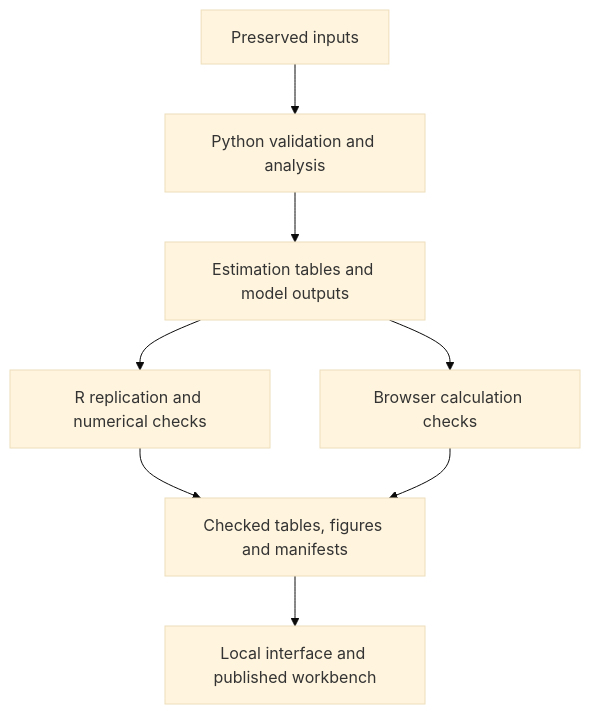
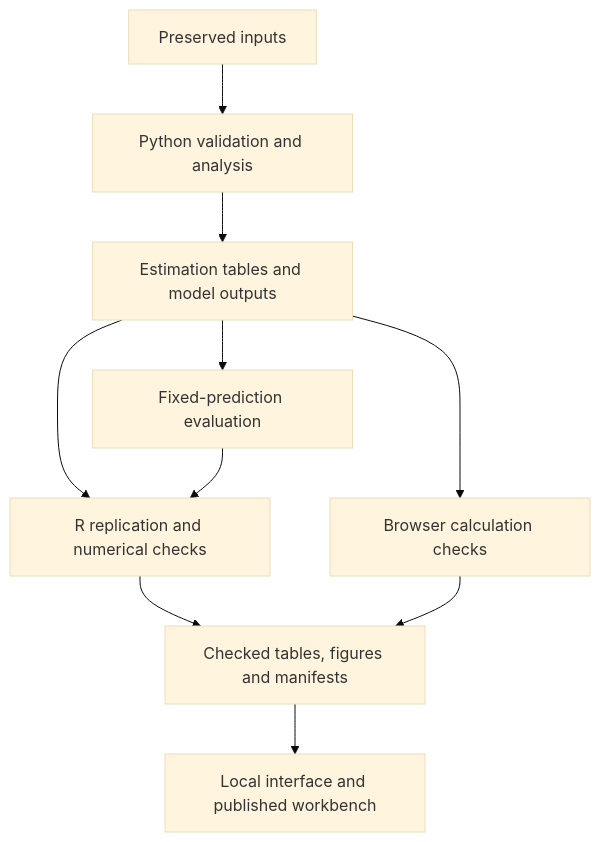
One commit to kazirafsanmahboob29-create/anchored-returns changed the diagram in docs/ARCHITECTURE.md. Above: the diagram before and after it, drawn with Mermaid (base theme). The commit also changed other lines of this file and 33 other files, not shown here.

````diff
--- a/docs/ARCHITECTURE.md
+++ b/docs/ARCHITECTURE.md
@@ -7,10 +7,12 @@
 ```mermaid
 flowchart TD
     A[Preserved inputs] --> B[Python validation and analysis]
     B --> C[Estimation tables and model outputs]
     C --> D[R replication and numerical checks]
+    C --> H[Fixed-prediction evaluation]
+    H --> D
     C --> E[Browser calculation checks]
     D --> F[Checked tables, figures and manifests]
     E --> F
     F --> G[Local interface and published workbench]
 ```
````
